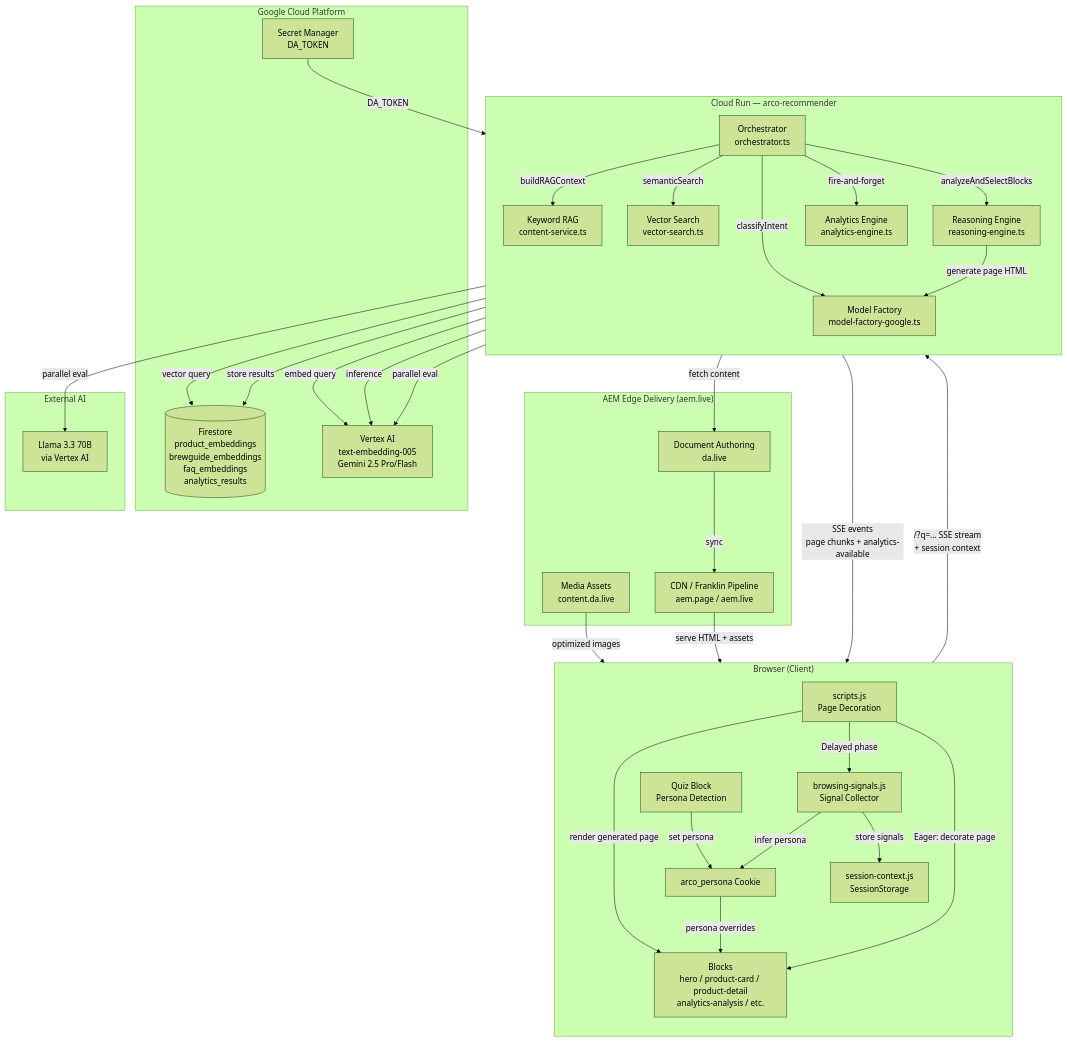
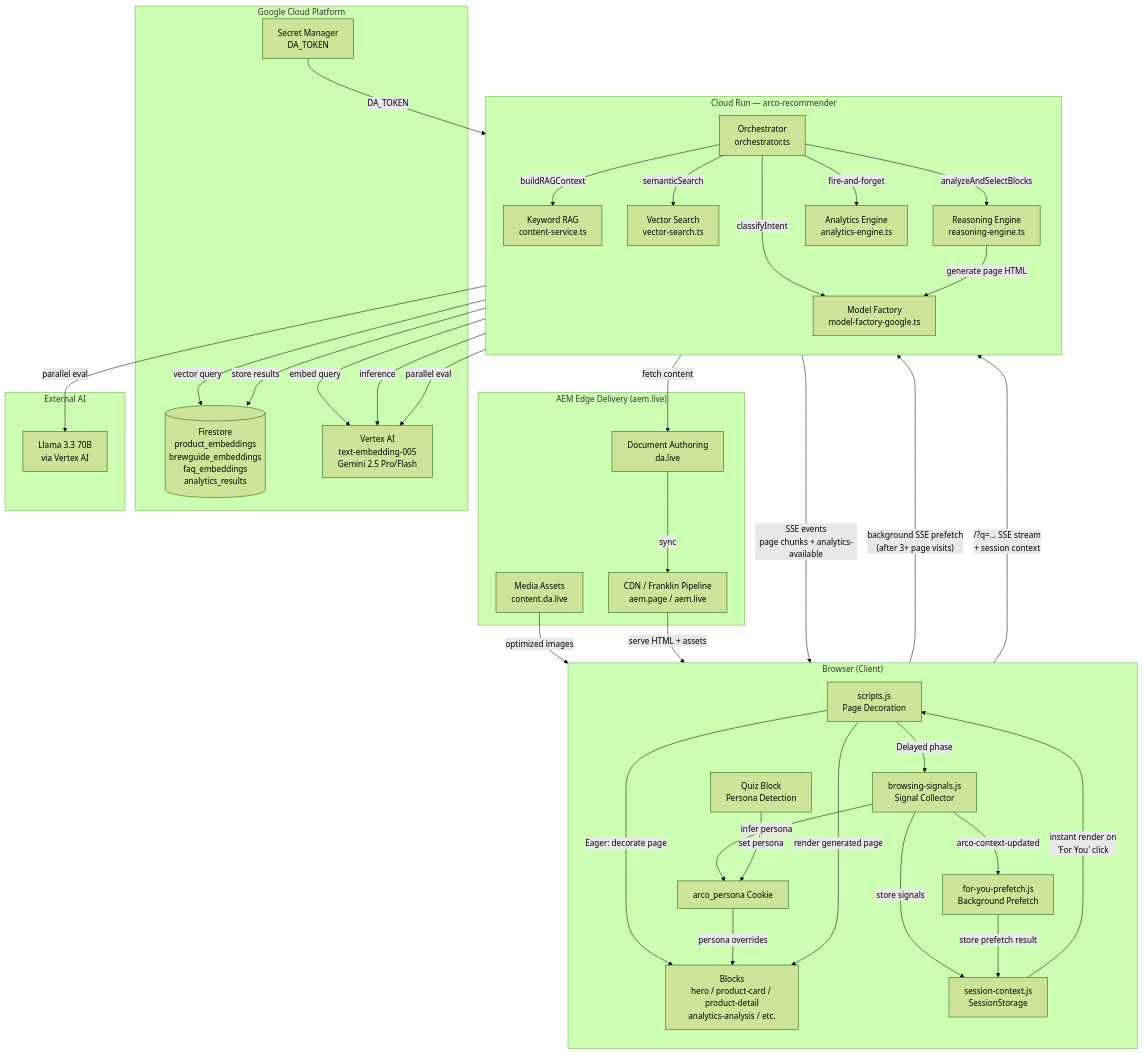
The first of 3 diagrams in docs/architecture.md (carlossg/arco), drawn with Mermaid (forest theme) before and after one commit. The commit also changed other lines of this file and 1 other file, not shown here.

First line of the commit message:
docs: add For You background prefetch to architecture diagrams

```diff
--- a/docs/architecture.md
+++ b/docs/architecture.md
@@ -8,6 +8,7 @@
         direction TB
         SC[scripts.js\nPage Decoration]
         BS[browsing-signals.js\nSignal Collector]
+        FY[for-you-prefetch.js\nBackground Prefetch]
         SM[session-context.js\nSessionStorage]
         Blocks[Blocks\nhero / product-card / product-detail\nanalytics-analysis / etc.]
         Quiz[Quiz Block\nPersona Detection]
@@ -48,6 +49,12 @@
     Cookie -->|persona overrides| Blocks
     Quiz -->|set persona| Cookie
 
+    %% For You prefetch flow
+    BS -->|arco-context-updated| FY
+    FY -->|"background SSE prefetch\n(after 3+ page visits)"| ORC
+    FY -->|store prefetch result| SM
+    SM -->|"instant render on\n'For You' click"| SC
+
     %% Recommender query flow
     SC -->|"/?q=... SSE stream\n+ session context"| ORC
 
```
